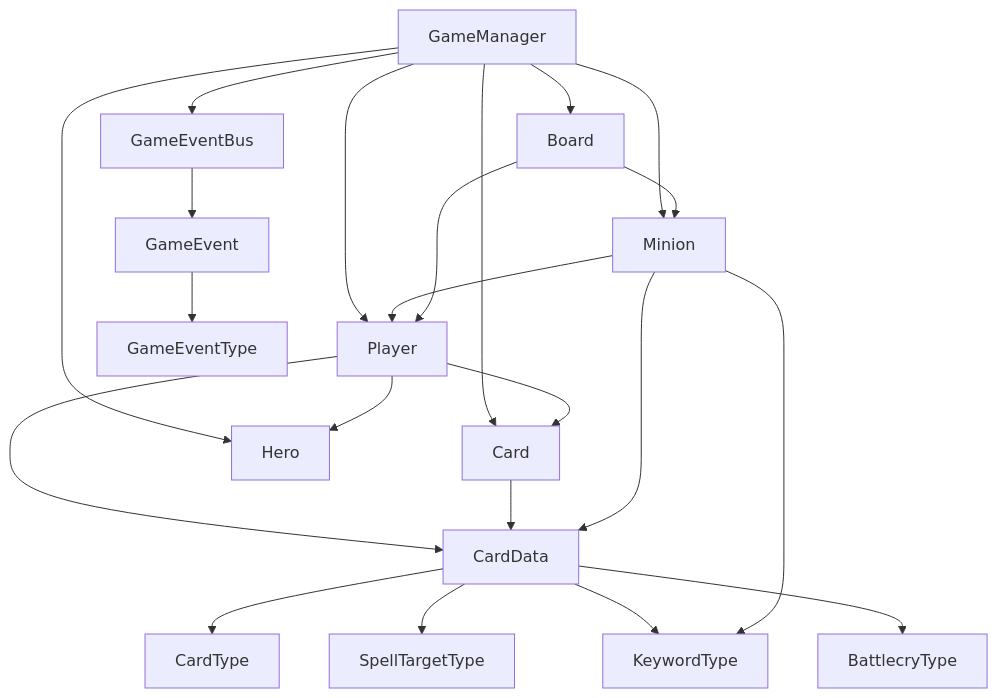
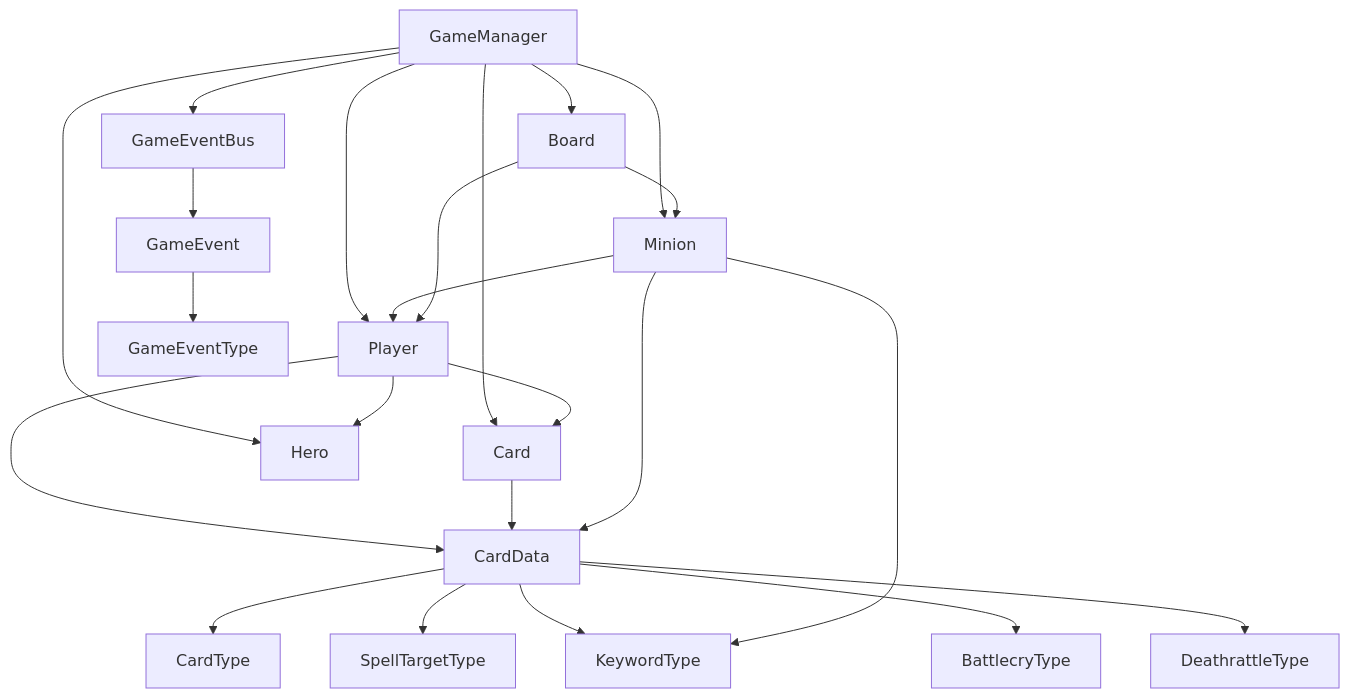
Before and after one commit to ZHStatic/HearthstoneClone: the diagram in Docs/02_CoreArchitecture.md, drawn with Mermaid. The commit also changed other lines of this file and 14 other files, not shown here.

````diff
--- a/Docs/02_CoreArchitecture.md
+++ b/Docs/02_CoreArchitecture.md
@@ -66,30 +67,31 @@
 ```mermaid
 flowchart TD
     GameManager --> Player
     GameManager --> Board
     GameManager --> Card
     GameManager --> Minion
     GameManager --> Hero
     GameManager --> GameEventBus
 
     GameEventBus --> GameEvent
     GameEvent --> GameEventType
 
     Player --> Hero
     Player --> Card
     Player --> CardData
 
     Card --> CardData
 
     Minion --> CardData
     Minion --> Player
 
     Board --> Player
     Board --> Minion
 
     CardData --> CardType
     CardData --> SpellTargetType
     CardData --> KeywordType
     CardData --> BattlecryType
+    CardData --> DeathrattleType
     Minion --> KeywordType
 ```
````
